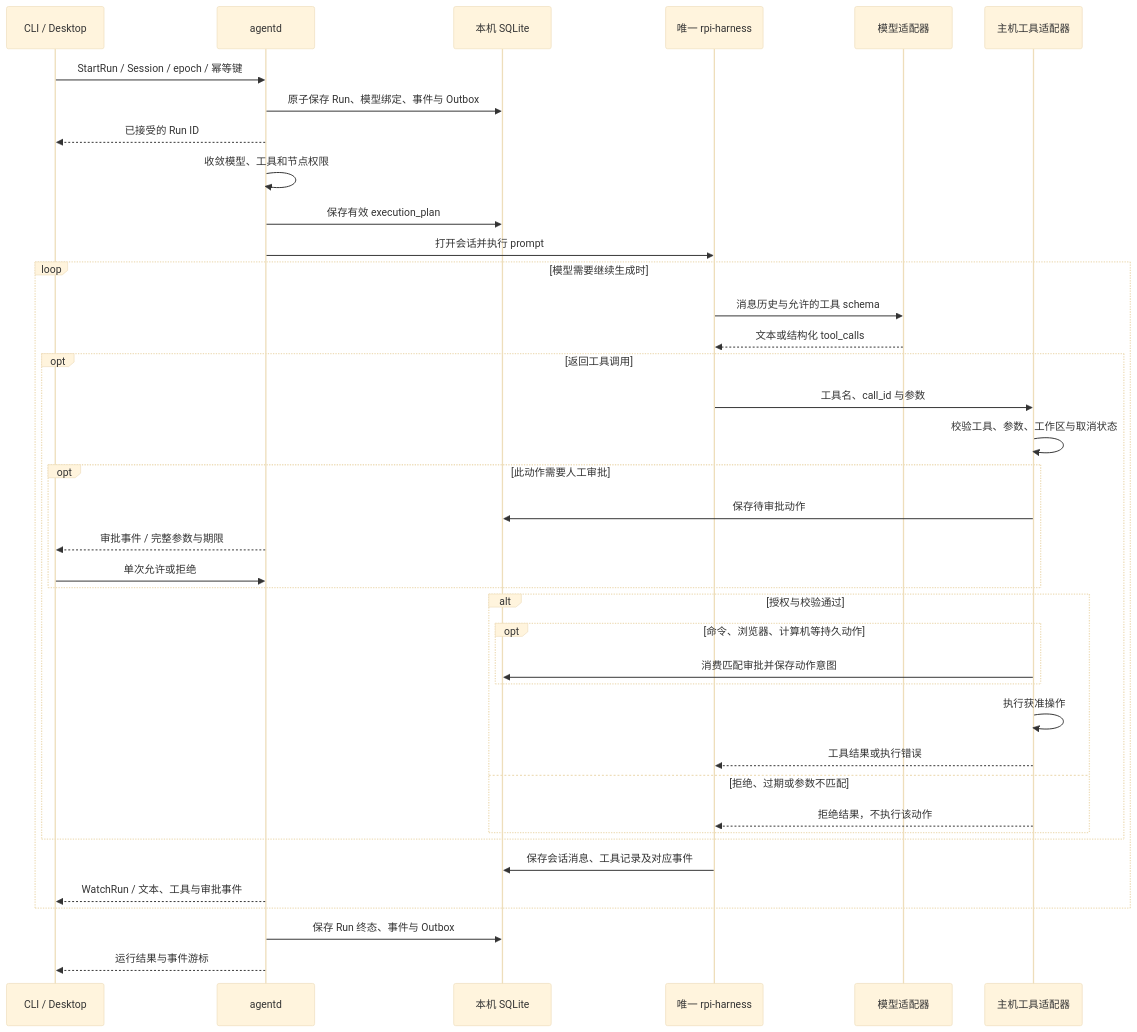
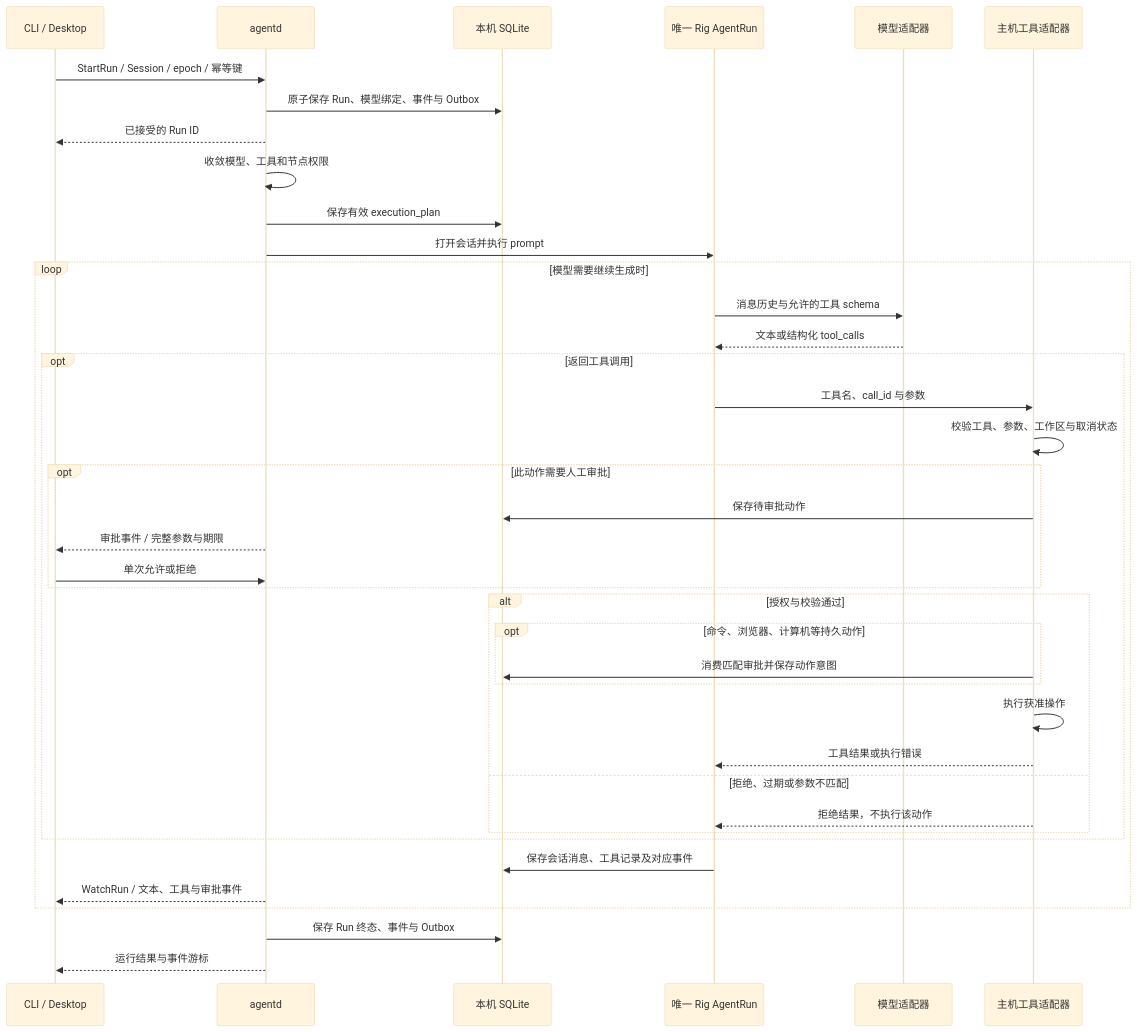
The second of 4 diagrams in docs/zh/src/architecture.md (lyonbrown4d/lyonbrown), drawn with Mermaid (base theme) before and after one commit. The commit also changed other lines of this file and 149 other files, not shown here.

````diff
--- a/docs/zh/src/architecture.md
+++ b/docs/zh/src/architecture.md
@@ -97,41 +97,41 @@
 ```mermaid
 sequenceDiagram
     participant C as CLI / Desktop
     participant D as agentd
     participant S as 本机 SQLite
-    participant H as 唯一 rpi-harness
+    participant H as 唯一 Rig AgentRun
     participant P as 模型适配器
     participant T as 主机工具适配器
     C->>D: StartRun / Session / epoch / 幂等键
     D->>S: 原子保存 Run、模型绑定、事件与 Outbox
     D-->>C: 已接受的 Run ID
     D->>D: 收敛模型、工具和节点权限
     D->>S: 保存有效 execution_plan
     D->>H: 打开会话并执行 prompt
     loop 模型需要继续生成时
         H->>P: 消息历史与允许的工具 schema
         P-->>H: 文本或结构化 tool_calls
         opt 返回工具调用
             H->>T: 工具名、call_id 与参数
             T->>T: 校验工具、参数、工作区与取消状态
             opt 此动作需要人工审批
                 T->>S: 保存待审批动作
                 D-->>C: 审批事件 / 完整参数与期限
                 C->>D: 单次允许或拒绝
             end
             alt 授权与校验通过
                 opt 命令、浏览器、计算机等持久动作
                     T->>S: 消费匹配审批并保存动作意图
                 end
                 T->>T: 执行获准操作
                 T-->>H: 工具结果或执行错误
             else 拒绝、过期或参数不匹配
                 T-->>H: 拒绝结果，不执行该动作
             end
         end
         H->>S: 保存会话消息、工具记录及对应事件
         D-->>C: WatchRun / 文本、工具与审批事件
     end
     D->>S: 保存 Run 终态、事件与 Outbox
     D-->>C: 运行结果与事件游标
 ```
````
